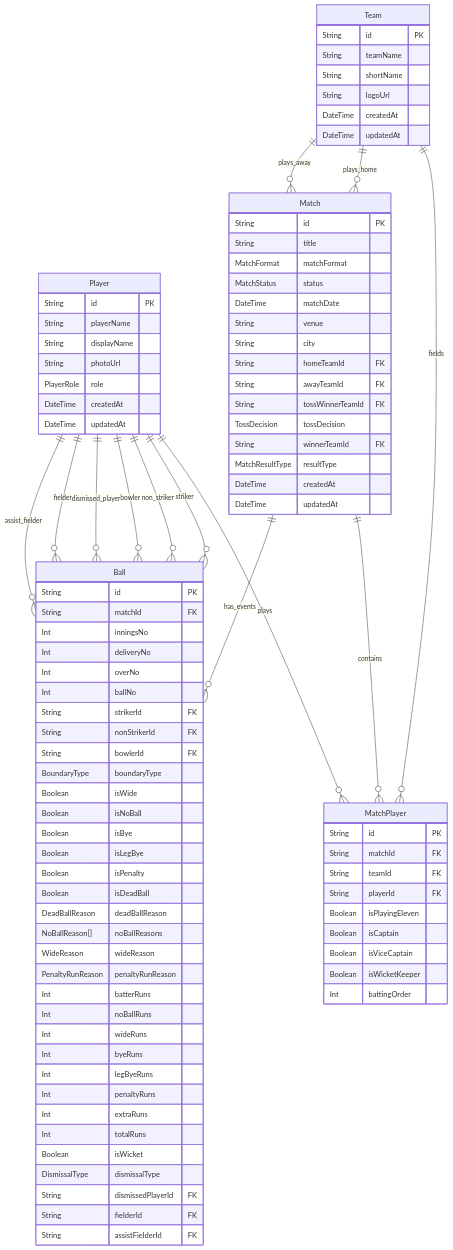
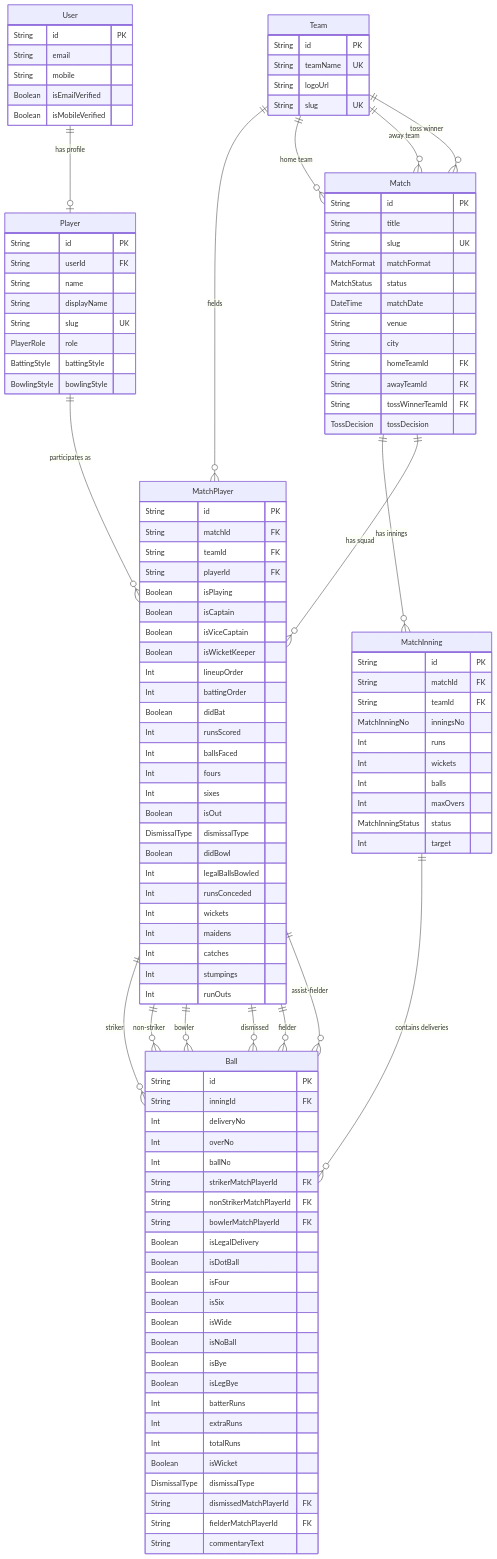
Before and after one commit to LaxitSavaliya/cricket-backend: the diagram in README.md, drawn with Mermaid. The commit also changed other lines of this file and 14 other files, not shown here.

````diff
--- a/README.md
+++ b/README.md
@@ -111,40 +205,51 @@
 ```mermaid
 erDiagram
-    Player ||--o{ MatchPlayer : plays
-    Team ||--o{ MatchPlayer : fields
-    Team ||--o{ Match : plays_home
-    Team ||--o{ Match : plays_away
-    Match ||--o{ MatchPlayer : contains
-    Match ||--o{ Ball : has_events
-    Player ||--o{ Ball : striker
-    Player ||--o{ Ball : non_striker
-    Player ||--o{ Ball : bowler
-    Player ||--o{ Ball : dismissed_player
-    Player ||--o{ Ball : fielder
-    Player ||--o{ Ball : assist_fielder
+    User ||--o| Player : "has profile"
+    Player ||--o{ MatchPlayer : "participates as"
+    Team ||--o{ MatchPlayer : "fields"
+    Team ||--o{ Match : "home team"
+    Team ||--o{ Match : "away team"
+    Team ||--o{ Match : "toss winner"
+    Match ||--o{ MatchInning : "has innings"
+    Match ||--o{ MatchPlayer : "has squad"
+    MatchInning ||--o{ Ball : "contains deliveries"
+    MatchPlayer ||--o{ Ball : "striker"
+    MatchPlayer ||--o{ Ball : "non-striker"
+    MatchPlayer ||--o{ Ball : "bowler"
+    MatchPlayer ||--o{ Ball : "dismissed"
+    MatchPlayer ||--o{ Ball : "fielder"
+    MatchPlayer ||--o{ Ball : "assist-fielder"
+
+    User {
+        String id PK
+        String email
+        String mobile
+        Boolean isEmailVerified
+        Boolean isMobileVerified
+    }
 
     Player {
         String id PK
-        String playerName
+        String userId FK
+        String name
         String displayName
-        String photoUrl
+        String slug UK
         PlayerRole role
-        DateTime createdAt
-        DateTime updatedAt
+        BattingStyle battingStyle
+        BowlingStyle bowlingStyle
     }
 
     Team {
         String id PK
-        String teamName
-        String shortName
+        String teamName UK
         String logoUrl
-        DateTime createdAt
-        DateTime updatedAt
+        String slug UK
     }
 
     Match {
         String id PK
         String title
+        String slug UK
         MatchFormat matchFormat
         MatchStatus status
         DateTime matchDate
@@ -154,10 +259,6 @@
         String awayTeamId FK
         String tossWinnerTeamId FK
         TossDecision tossDecision
-        String winnerTeamId FK
-        MatchResultType resultType
-        DateTime createdAt
-        DateTime updatedAt
     }
 
     MatchPlayer {
@@ -165,46 +266,66 @@
         String matchId FK
         String teamId FK
         String playerId FK
-        Boolean isPlayingEleven
+        Boolean isPlaying
         Boolean isCaptain
         Boolean isViceCaptain
         Boolean isWicketKeeper
+        Int lineupOrder
         Int battingOrder
+        Boolean didBat
+        Int runsScored
+        Int ballsFaced
+        Int fours
+        Int sixes
+        Boolean isOut
+        DismissalType dismissalType
+        Boolean didBowl
+        Int legalBallsBowled
+        Int runsConceded
+        Int wickets
+        Int maidens
+        Int catches
+        Int stumpings
+        Int runOuts
+    }
+
+    MatchInning {
+        String id PK
+        String matchId FK
+        String teamId FK
+        MatchInningNo inningsNo
+        Int runs
+        Int wickets
+        Int balls
+        Int maxOvers
+        MatchInningStatus status
+        Int target
     }
 
     Ball {
         String id PK
-        String matchId FK
-        Int inningsNo
+        String inningId FK
         Int deliveryNo
         Int overNo
         Int ballNo
-        String strikerId FK
-        String nonStrikerId FK
-        String bowlerId FK
-        BoundaryType boundaryType
+        String strikerMatchPlayerId FK
+        String nonStrikerMatchPlayerId FK
+        String bowlerMatchPlayerId FK
+        Boolean isLegalDelivery
+        Boolean isDotBall
+        Boolean isFour
+        Boolean isSix
         Boolean isWide
         Boolean isNoBall
         Boolean isBye
         Boolean isLegBye
-        Boolean isPenalty
-        Boolean isDeadBall
-        DeadBallReason deadBallReason
-        NoBallReason[] noBallReasons
-        WideReason wideReason
-        PenaltyRunReason penaltyRunReason
         Int batterRuns
-        Int noBallRuns
-        Int wideRuns
-        Int byeRuns
-        Int legByeRuns
-        Int penaltyRuns
         Int extraRuns
         Int totalRuns
         Boolean isWicket
         DismissalType dismissalType
-        String dismissedPlayerId FK
-        String fielderId FK
-        String assistFielderId FK
+        String dismissedMatchPlayerId FK
+        String fielderMatchPlayerId FK
+        String commentaryText
     }
 ```
````
